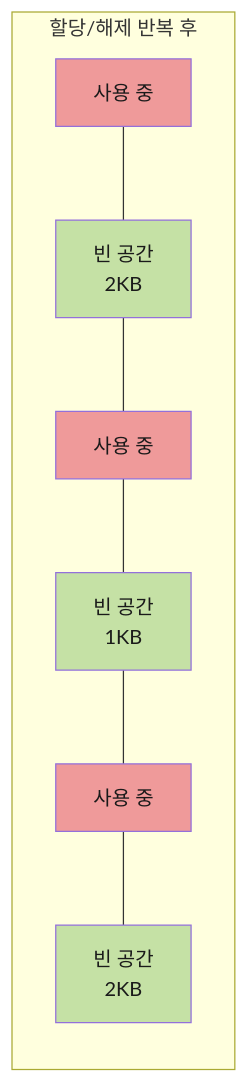
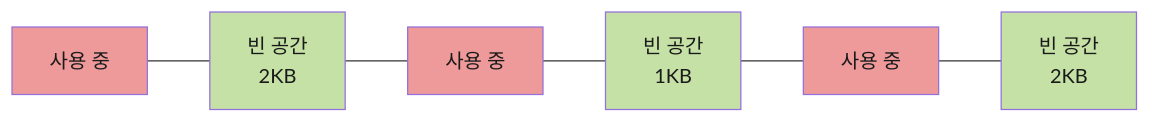
The sixth of 8 diagrams in apps/devblog/content/posts/array-linkedlist.mdx (Cllaude99/cllaude99_labs), drawn with Mermaid before and after one commit. The commit also changed other lines of this file, not shown here.

Commit message:
chore: 머메이드 가로축으로 수정

````diff
--- a/apps/devblog/content/posts/array-linkedlist.mdx
+++ b/apps/devblog/content/posts/array-linkedlist.mdx
@@ -178,13 +176,11 @@
 ```mermaid
 graph LR
-    subgraph Before["할당/해제 반복 후"]
-        B1["사용 중"] --- B2["빈 공간<br/>2KB"] --- B3["사용 중"] --- B4["빈 공간<br/>1KB"] --- B5["사용 중"] --- B6["빈 공간<br/>2KB"]
-    end
+    B1["사용 중"] --- B2["빈 공간<br/>2KB"] --- B3["사용 중"] --- B4["빈 공간<br/>1KB"] --- B5["사용 중"] --- B6["빈 공간<br/>2KB"]
 
     style B1 fill:#ef9a9a,color:#1a1a1a
     style B2 fill:#c5e1a5,color:#1a1a1a
     style B3 fill:#ef9a9a,color:#1a1a1a
     style B4 fill:#c5e1a5,color:#1a1a1a
     style B5 fill:#ef9a9a,color:#1a1a1a
     style B6 fill:#c5e1a5,color:#1a1a1a
 ```
````
